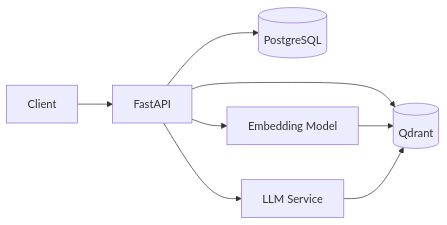
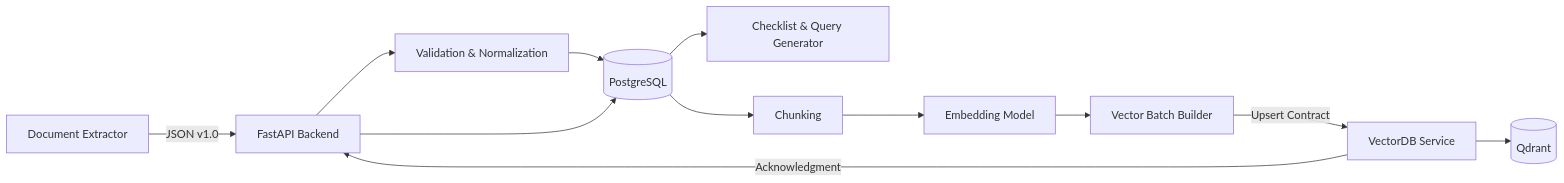
The first of 2 diagrams in README.md (Rkriska/backend_team2), drawn with Mermaid before and after one commit. The commit also changed other lines of this file and 1 other file, not shown here.

Commit message:
Expand backend flows and team integration contract

````diff
--- a/README.md
+++ b/README.md
@@ -7,10 +79,14 @@
 ```mermaid
 flowchart LR
-  Client --> API[FastAPI]
-  API --> DB[(PostgreSQL)]
-  API --> QD[(Qdrant)]
-  API --> EMBED[Embedding Model]
-  API --> LLM[LLM Service]
-  EMBED --> QD
-  LLM --> QD
+    EX[Document Extractor] -->|JSON v1.0| API[FastAPI Backend]
+    API --> VAL[Validation & Normalization]
+    VAL --> PG[(PostgreSQL)]
+    PG --> QR[Checklist & Query Generator]
+    PG --> CH[Chunking]
+    CH --> EM[Embedding Model]
+    EM --> VB[Vector Batch Builder]
+    VB -->|Upsert Contract| VS[VectorDB Service]
+    VS --> QD[(Qdrant)]
+    VS -->|Acknowledgment| API
+    API --> PG
 ```
````
